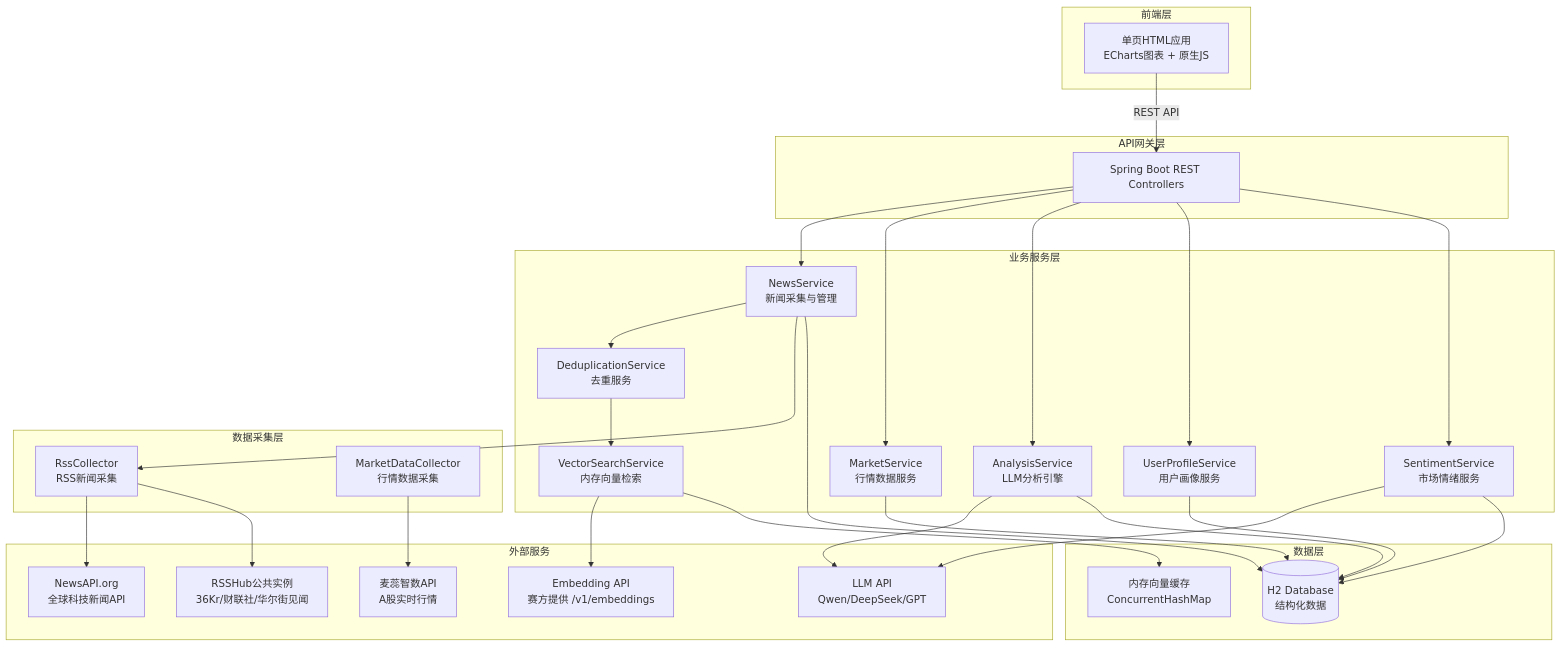
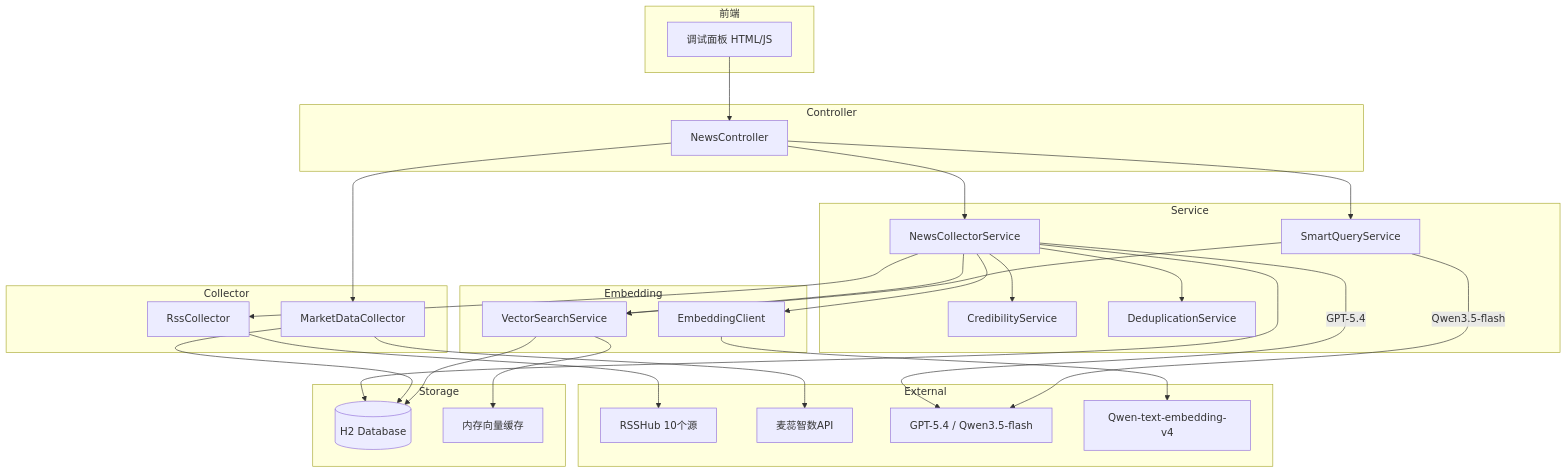
Before and after one commit to keweiqinkeweiqin/aiCoding: the first of 2 diagrams in .kiro/specs/wall-street-eye/design.md, drawn with Mermaid. The commit also changed other lines of this file and 3 other files, not shown here.

````diff
--- a/.kiro/specs/wall-street-eye/design.md
+++ b/.kiro/specs/wall-street-eye/design.md
@@ -19,63 +11,52 @@
 ```mermaid
 graph TD
-    subgraph 前端层
-        UI[单页HTML应用<br/>ECharts图表 + 原生JS]
+    subgraph 前端
+        UI[调试面板 HTML/JS]
+    end
+    subgraph Controller
+        NC[NewsController]
+    end
+    subgraph Service
+        NCS[NewsCollectorService]
+        SQS[SmartQueryService]
+        CS[CredibilityService]
+        DS[DeduplicationService]
+    end
+    subgraph Collector
+        RSS[RssCollector]
+        MDC[MarketDataCollector]
+    end
+    subgraph Embedding
+        EC[EmbeddingClient]
+        VSS[VectorSearchService]
+    end
+    subgraph External
+        RSSHUB[RSSHub 10个源]
+        MAIRUI[麦蕊智数API]
+        LLM[GPT-5.4 / Qwen3.5-flash]
+        EMBAPI[Qwen-text-embedding-v4]
+    end
+    subgraph Storage
+        H2[(H2 Database)]
+        MEM[内存向量缓存]
     end
 
-    subgraph API网关层
-        API[Spring Boot REST Controllers]
-    end
-
-    subgraph 业务服务层
-        NS[NewsService<br/>新闻采集与管理]
-        MS[MarketService<br/>行情数据服务]
-        AS[AnalysisService<br/>LLM分析引擎]
-        UPS[UserProfileService<br/>用户画像服务]
-        SS[SentimentService<br/>市场情绪服务]
-        DS[DeduplicationService<br/>去重服务]
-        VS[VectorSearchService<br/>内存向量检索]
-    end
-
-    subgraph 数据采集层
-        RC[RssCollector<br/>RSS新闻采集]
-        MC[MarketDataCollector<br/>行情数据采集]
-    end
-
-    subgraph 外部服务
-        NEWSAPI[NewsAPI.org<br/>全球科技新闻API]
-        RSSHUB[RSSHub公共实例<br/>36Kr/财联社/华尔街见闻]
-        MAIRUI[麦蕊智数API<br/>A股实时行情]
-        LLM[LLM API<br/>Qwen/DeepSeek/GPT]
-        EMB[Embedding API<br/>赛方提供 /v1/embeddings]
-    end
-
-    subgraph 数据层
-        DB[(H2 Database<br/>结构化数据)]
-        VC[内存向量缓存<br/>ConcurrentHashMap]
-    end
-
-    UI -->|REST API| API
-    API --> NS
-    API --> MS
-    API --> AS
-    API --> UPS
-    API --> SS
-
-    NS --> DS
-    NS --> RC
-    AS --> LLM
-    SS --> LLM
-    DS --> VS
-    VS --> EMB
-    VS --> VC
-
-    RC --> NEWSAPI
-    RC --> RSSHUB
-    MC --> MAIRUI
-
-    NS --> DB
-    MS --> DB
-    AS --> DB
-    UPS --> DB
-    SS --> DB
+    UI --> NC
+    NC --> NCS
+    NC --> SQS
+    NC --> MDC
+    NCS --> RSS --> RSSHUB
+    NCS --> DS
+    NCS --> CS
+    NCS --> EC
+    NCS --> VSS
+    NCS -->|GPT-5.4| LLM
+    SQS --> VSS
+    SQS -->|Qwen3.5-flash| LLM
+    EC --> EMBAPI
+    VSS --> MEM
+    MDC --> MAIRUI
+    NCS --> H2
+    MDC --> H2
+    VSS --> H2
 ```
````
